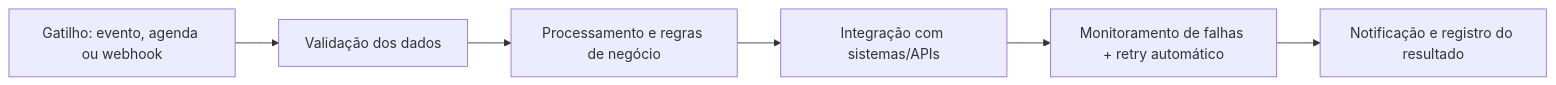
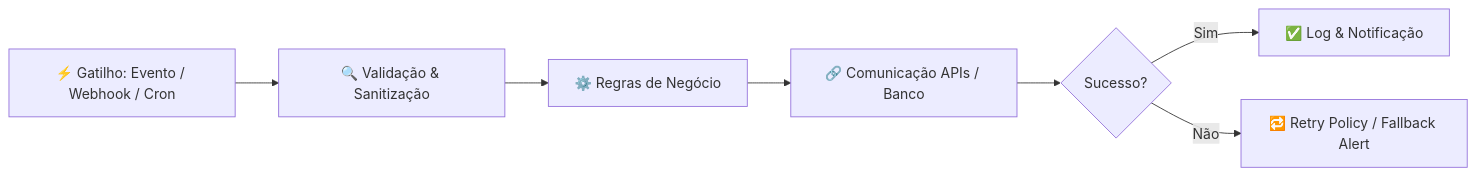
One commit to Nicolasplgn/Nicolasplgn changed the diagram in README.md. Above: the diagram before and after it, drawn with Mermaid. The commit also changed other lines of this file, not shown here.

````diff
--- a/README.md
+++ b/README.md
@@ -52,8 +49,9 @@
 ```mermaid
 flowchart LR
-    A[Gatilho: evento, agenda ou webhook] --> B[Validação dos dados]
-    B --> C[Processamento e regras de negócio]
-    C --> D[Integração com sistemas/APIs]
-    D --> E[Monitoramento de falhas + retry automático]
-    E --> F[Notificação e registro do resultado]
+    A[⚡ Gatilho: Evento / Webhook / Cron] --> B[🔍 Validação & Sanitização]
+    B --> C[⚙️ Regras de Negócio]
+    C --> D[🔗 Comunicação APIs / Banco]
+    D --> E{Sucesso?}
+    E -- Sim --> F[✅ Log & Notificação]
+    E -- Não --> G[🔁 Retry Policy / Fallback Alert]
 ```
````
